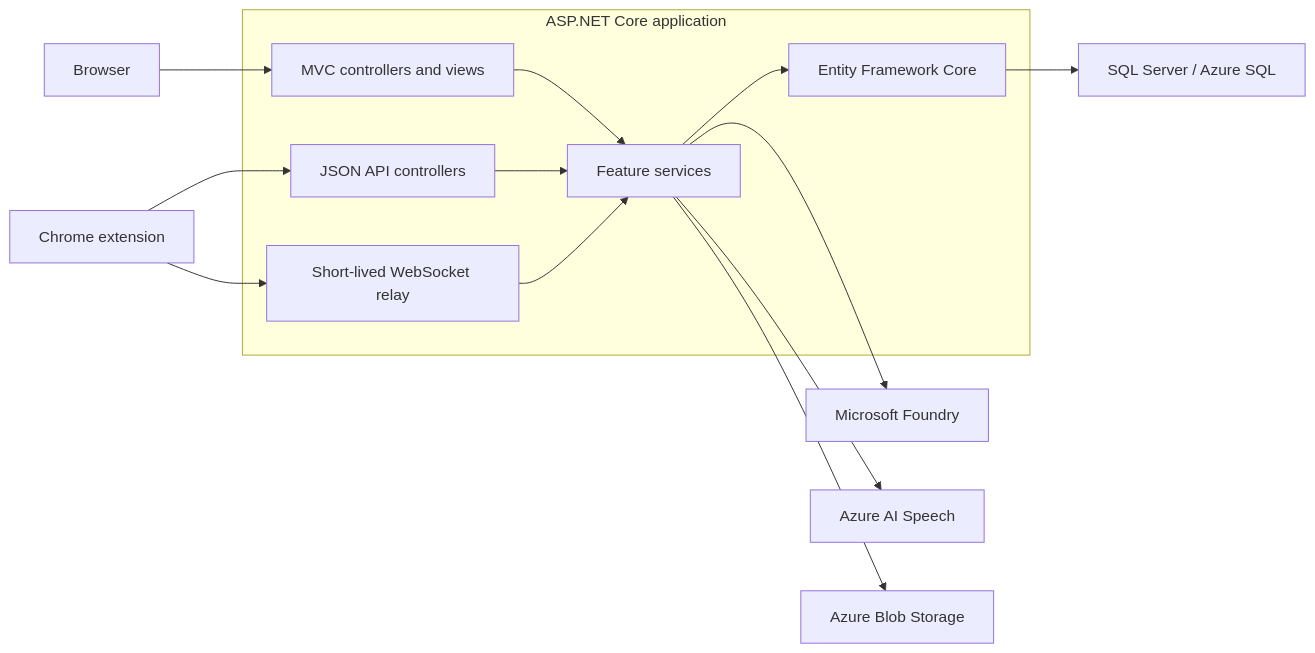
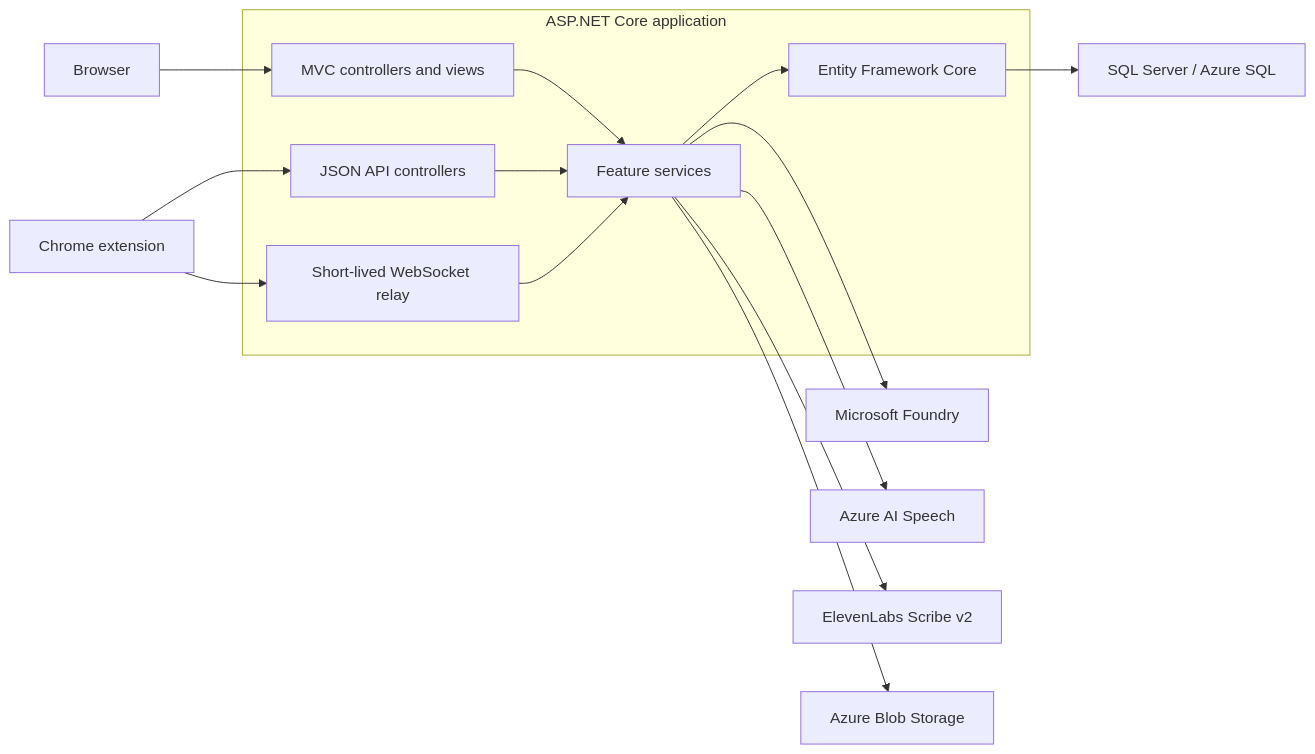
Before and after one commit to gusbo9233/Glosify-.net: the diagram in README.md, drawn with Mermaid. The commit also changed other lines of this file and 36 other files, not shown here.

Commit message:
Add ElevenLabs Scribe live subtitles

````diff
--- a/README.md
+++ b/README.md
@@ -54,20 +60,21 @@
 ```mermaid
 flowchart LR
     Browser["Browser"]
     Extension["Chrome extension"]
 
     subgraph App["ASP.NET Core application"]
         MVC["MVC controllers and views"] --> Services["Feature services"]
         API["JSON API controllers"] --> Services
         Relay["Short-lived WebSocket relay"] --> Services
         Services --> EF["Entity Framework Core"]
     end
 
     Browser --> MVC
     Extension --> API
     Extension --> Relay
     EF --> SQL["SQL Server / Azure SQL"]
     Services --> Foundry["Microsoft Foundry"]
     Services --> Speech["Azure AI Speech"]
+    Services --> ElevenLabs["ElevenLabs Scribe v2"]
     Services --> Storage["Azure Blob Storage"]
 ```
````
